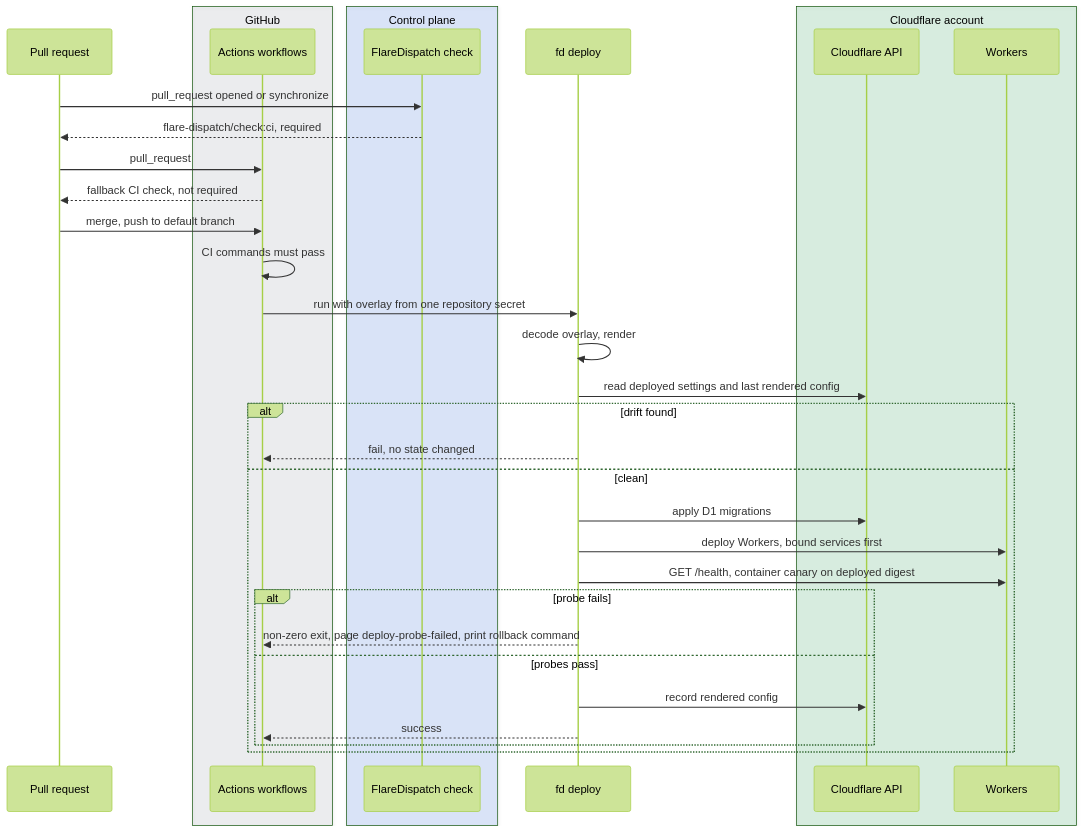
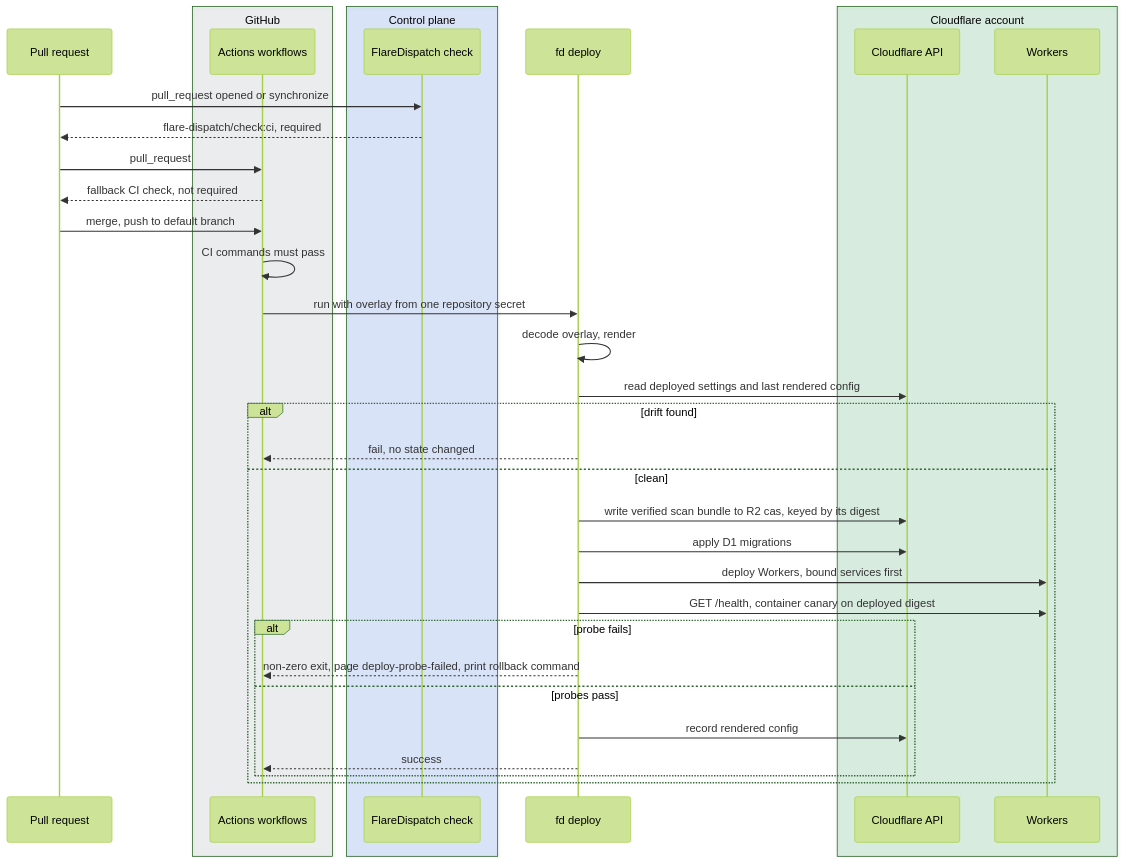
The second of 3 diagrams in specs/operability.md (fractalboxdev/flare-dispatch), drawn with Mermaid (forest theme) before and after one commit. The commit also changed 14 other files, not shown here.

First line of the commit message:
feat(ops): fd deploy writes the verified scan bundle to cas/<scan.bundleDigest> before any Worker deploy

````diff
--- a/specs/operability.md
+++ b/specs/operability.md
@@ -137,38 +137,39 @@
 ```mermaid
 sequenceDiagram
   accTitle: From a pull request to deployed and probed Workers
   participant DEV as Pull request
   box rgba(156,163,175,0.15) GitHub
     participant GHA as Actions workflows
   end
   box rgba(37,99,235,0.15) Control plane
     participant FD as FlareDispatch check
   end
   participant CLI as fd deploy
   box rgba(22,163,74,0.15) Cloudflare account
     participant API as Cloudflare API
     participant W as Workers
   end
   DEV->>FD: pull_request opened or synchronize
   FD-->>DEV: flare-dispatch/check:ci, required
   DEV->>GHA: pull_request
   GHA-->>DEV: fallback CI check, not required
   DEV->>GHA: merge, push to default branch
   GHA->>GHA: CI commands must pass
   GHA->>CLI: run with overlay from one repository secret
   CLI->>CLI: decode overlay, render
   CLI->>API: read deployed settings and last rendered config
   alt drift found
     CLI-->>GHA: fail, no state changed
   else clean
+    CLI->>API: write verified scan bundle to R2 cas, keyed by its digest
     CLI->>API: apply D1 migrations
     CLI->>W: deploy Workers, bound services first
     CLI->>W: GET /health, container canary on deployed digest
     alt probe fails
       CLI-->>GHA: non-zero exit, page deploy-probe-failed, print rollback command
     else probes pass
       CLI->>API: record rendered config
       CLI-->>GHA: success
     end
   end
 ```
````
